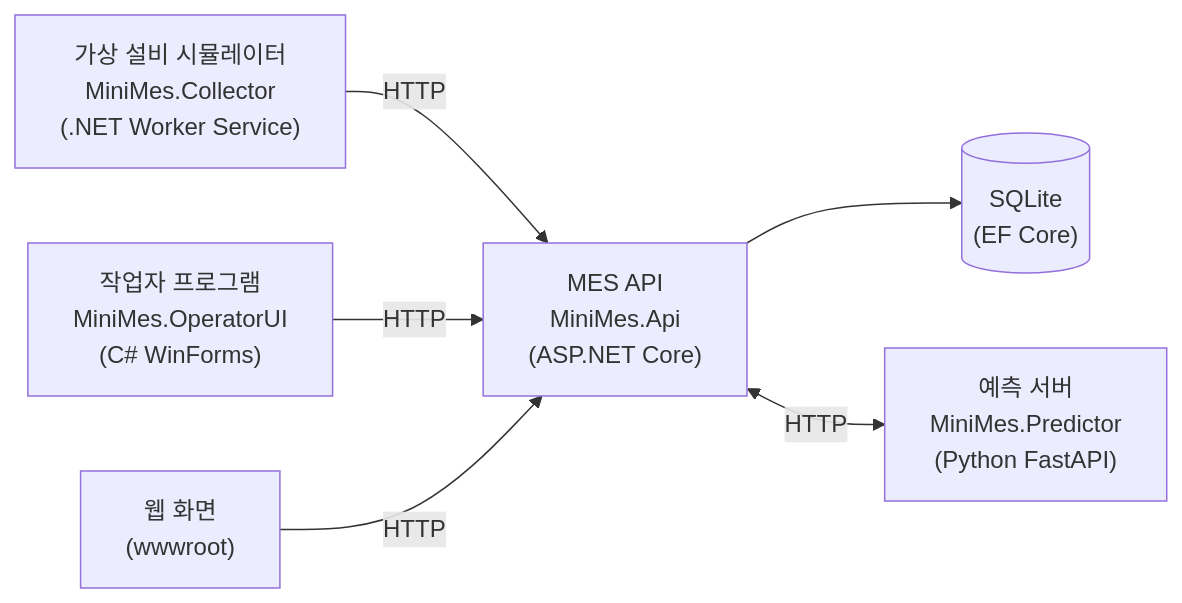
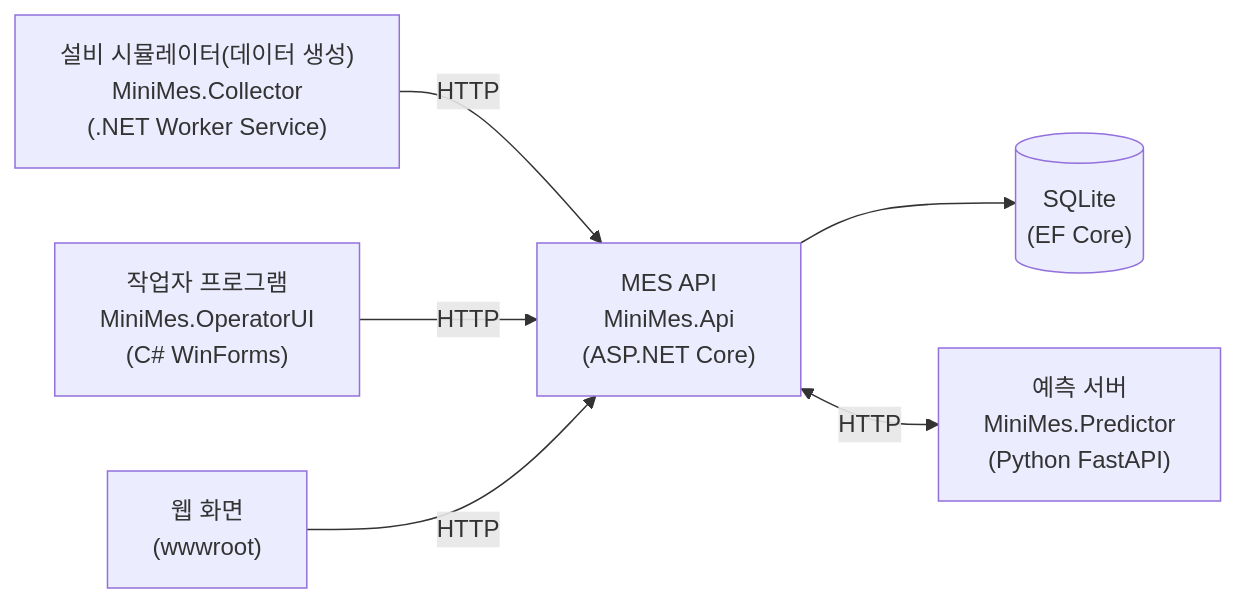
Before and after one commit to weaseleyegun/MiniMes: the first of 2 diagrams in README.md, drawn with Mermaid. The commit also changed other lines of this file and 1 other file, not shown here.

First line of the commit message:
README/설계서 문구 수정: 가상 프로젝트 표현을 생성 데이터 설명으로 변경

````diff
--- a/README.md
+++ b/README.md
@@ -74,8 +76,8 @@
 ```mermaid
 flowchart LR
-    SIM["가상 설비 시뮬레이터<br/>MiniMes.Collector<br/>(.NET Worker Service)"] -->|HTTP| API
+    SIM["설비 시뮬레이터(데이터 생성)<br/>MiniMes.Collector<br/>(.NET Worker Service)"] -->|HTTP| API
     API["MES API<br/>MiniMes.Api<br/>(ASP.NET Core)"] --> DB[("SQLite<br/>(EF Core)")]
     API <-->|HTTP| PRED["예측 서버<br/>MiniMes.Predictor<br/>(Python FastAPI)"]
     WIN["작업자 프로그램<br/>MiniMes.OperatorUI<br/>(C# WinForms)"] -->|HTTP| API
     WEB["웹 화면<br/>(wwwroot)"] -->|HTTP| API
 ```
````
